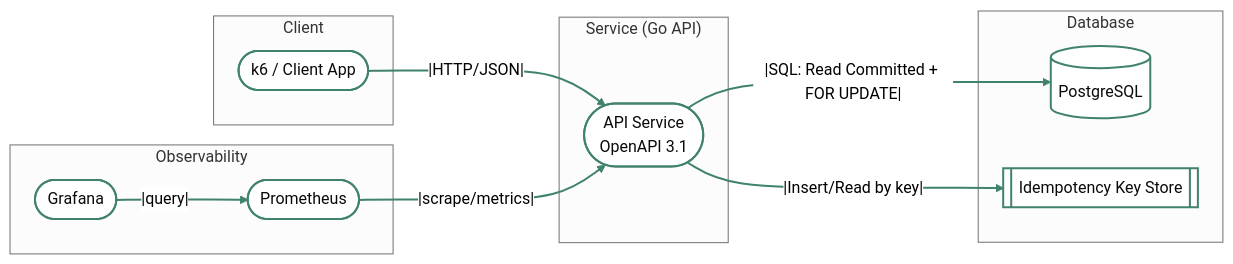
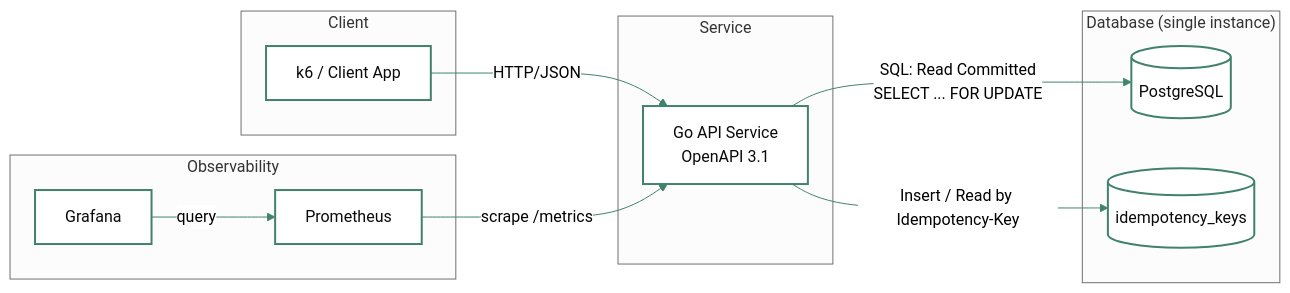
One commit to punchamoorthee/ledgerops changed the diagram in docs/figures/src/fig02_arch.mmd. Above: the diagram before and after it, drawn with Mermaid. The commit also changed 13 other files, not shown here.

Commit message:
docs(figures): update all figures to align with new sequence of transfers

```diff
--- a/docs/figures/src/fig02_arch.mmd
+++ b/docs/figures/src/fig02_arch.mmd
@@ -1,35 +1,34 @@
 %%{init: {"theme":"neutral","themeVariables":{
   "fontFamily":"Inter",
   "primaryColor":"#40826D","primaryBorderColor":"#40826D","primaryTextColor":"#0a0a0a",
   "lineColor":"#40826D","tertiaryColor":"#ffffff"}}}%%
 flowchart LR
   %% Layers
   subgraph Client
-    C([k6 / Client App])
+    C[k6 / Client App]
   end
 
-  subgraph Service["Service (Go API)"]
-    A(["API Service<br/>OpenAPI 3.1"])
+  subgraph Service
+    A["Go API Service<br/>OpenAPI 3.1"]
   end
 
-  subgraph Database
+  subgraph "Database (single instance)"
     DB[(PostgreSQL)]
-    IDEM[[Idempotency Key Store]]
+    IDEM[(idempotency_keys)]
   end
 
   subgraph Observability
-    P([Prometheus])
-    G([Grafana])
+    P[Prometheus]
+    G[Grafana]
   end
 
   %% Flows
-  C --|HTTP/JSON|--> A
-  A --|SQL: Read Committed + FOR UPDATE|--> DB
-  A --|Insert/Read by key|--> IDEM
-  P --|scrape/metrics|--> A
-  G --|query|--> P
+  C -- HTTP/JSON --> A
+  A -- "SQL: Read Committed<br/>SELECT ... FOR UPDATE" --> DB
+  A -- "Insert / Read by Idempotency-Key" --> IDEM
+  P -- "scrape /metrics" --> A
+  G -- query --> P
 
-  %% Styling for legibility on white
+  %% Styling
+  classDef accent stroke:#40826D,stroke-width:2px,fill:#ffffff,color:#0a0a0a;
   class C,A,DB,IDEM,P,G accent;
-  classDef accent stroke:#40826D,stroke-width:2px,fill:#ffffff,color:#0a0a0a;
-  linkStyle default stroke:#40826D,stroke-width:2px;
```
